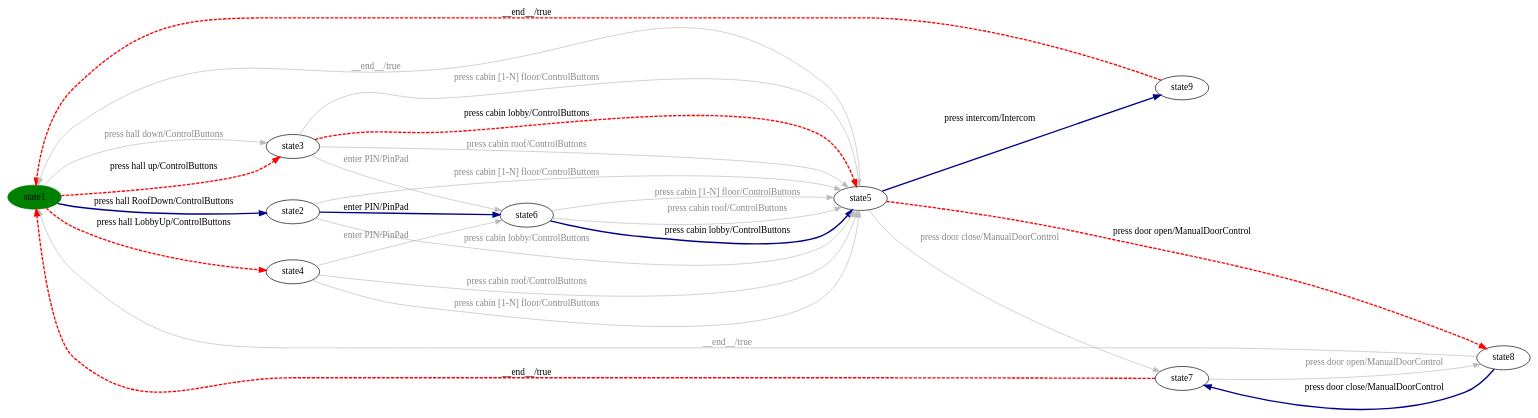
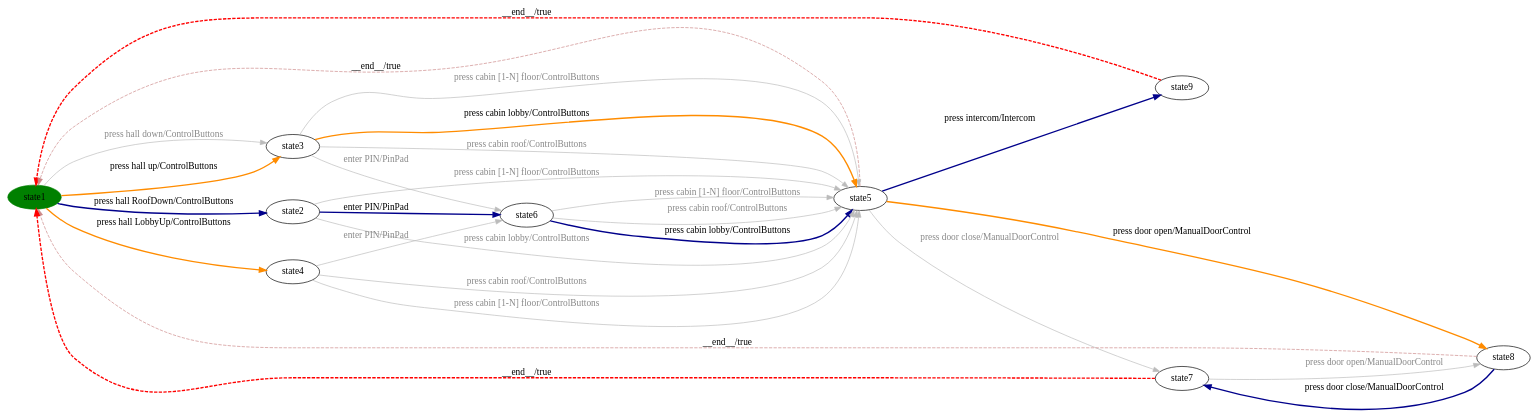
One commit to dilekozturk93/vibes changed the diagram in milestone-reports/per-product-all-states/Elevator/Elevator-product32-walk.dot. Above: the diagram before and after it, drawn with Graphviz. The commit also changed 152 other files, not shown here.

```diff
--- a/milestone-reports/per-product-all-states/Elevator/Elevator-product32-walk.dot
+++ b/milestone-reports/per-product-all-states/Elevator/Elevator-product32-walk.dot
@@ -1,38 +1,38 @@
 digraph G {
 rankdir=LR;
 state0[ label = "state1", style=filled, color=green ];
 state1 [ label = "state9" ];
 state2 [ label = "state6" ];
 state3 [ label = "state5" ];
 state4 [ label = "state8" ];
 state5 [ label = "state7" ];
 state6 [ label = "state2" ];
 state7 [ label = "state4" ];
 state8 [ label = "state3" ];
 state0 -> state6 [ label=" press hall RoofDown/ControlButtons ", style=bold, color=darkblue, penwidth=2 ];
 state3 -> state1 [ label=" press intercom/Intercom ", style=bold, color=darkblue, penwidth=2 ];
 state7 -> state3 [ label=" press cabin roof/ControlButtons ", color="#bbbbbb", fontcolor="#888888" ];
 state7 -> state3 [ label=" press cabin [1-N] floor/ControlButtons ", color="#bbbbbb", fontcolor="#888888" ];
 state6 -> state2 [ label=" enter PIN/PinPad ", style=bold, color=darkblue, penwidth=2 ];
-state3 -> state4 [ label=" press door open/ManualDoorControl ", style=dashed, color=red, penwidth=2 ];
+state3 -> state4 [ label=" press door open/ManualDoorControl ", style=bold, color=darkorange, penwidth=2 ];
 state3 -> state5 [ label=" press door close/ManualDoorControl ", color="#bbbbbb", fontcolor="#888888" ];
 state5 -> state0 [ label=" __end__/true ", style=dashed, color=red, penwidth=2 ];
 state6 -> state3 [ label=" press cabin lobby/ControlButtons ", color="#bbbbbb", fontcolor="#888888" ];
 state8 -> state3 [ label=" press cabin [1-N] floor/ControlButtons ", color="#bbbbbb", fontcolor="#888888" ];
 state2 -> state3 [ label=" press cabin lobby/ControlButtons ", style=bold, color=darkblue, penwidth=2 ];
 state2 -> state3 [ label=" press cabin [1-N] floor/ControlButtons ", color="#bbbbbb", fontcolor="#888888" ];
 state1 -> state0 [ label=" __end__/true ", style=dashed, color=red, penwidth=2 ];
 state8 -> state2 [ label=" enter PIN/PinPad ", color="#bbbbbb", fontcolor="#888888" ];
-state0 -> state8 [ label=" press hall up/ControlButtons ", style=dashed, color=red, penwidth=2 ];
+state0 -> state8 [ label=" press hall up/ControlButtons ", style=bold, color=darkorange, penwidth=2 ];
 state4 -> state5 [ label=" press door close/ManualDoorControl ", style=bold, color=darkblue, penwidth=2 ];
 state6 -> state3 [ label=" press cabin [1-N] floor/ControlButtons ", color="#bbbbbb", fontcolor="#888888" ];
 state2 -> state3 [ label=" press cabin roof/ControlButtons ", color="#bbbbbb", fontcolor="#888888" ];
-state4 -> state0 [ label=" __end__/true ", color="#bbbbbb", fontcolor="#888888" ];
-state8 -> state3 [ label=" press cabin lobby/ControlButtons ", style=dashed, color=red, penwidth=2 ];
+state4 -> state0 [ label=" __end__/true ", style=dashed, color="#cc8888" ];
+state8 -> state3 [ label=" press cabin lobby/ControlButtons ", style=bold, color=darkorange, penwidth=2 ];
 state7 -> state2 [ label=" enter PIN/PinPad ", color="#bbbbbb", fontcolor="#888888" ];
 state8 -> state3 [ label=" press cabin roof/ControlButtons ", color="#bbbbbb", fontcolor="#888888" ];
 state5 -> state4 [ label=" press door open/ManualDoorControl ", color="#bbbbbb", fontcolor="#888888" ];
 state0 -> state8 [ label=" press hall down/ControlButtons ", color="#bbbbbb", fontcolor="#888888" ];
-state0 -> state7 [ label=" press hall LobbyUp/ControlButtons ", style=dashed, color=red, penwidth=2 ];
-state3 -> state0 [ label=" __end__/true ", color="#bbbbbb", fontcolor="#888888" ];
+state0 -> state7 [ label=" press hall LobbyUp/ControlButtons ", style=bold, color=darkorange, penwidth=2 ];
+state3 -> state0 [ label=" __end__/true ", style=dashed, color="#cc8888" ];
 }
```
